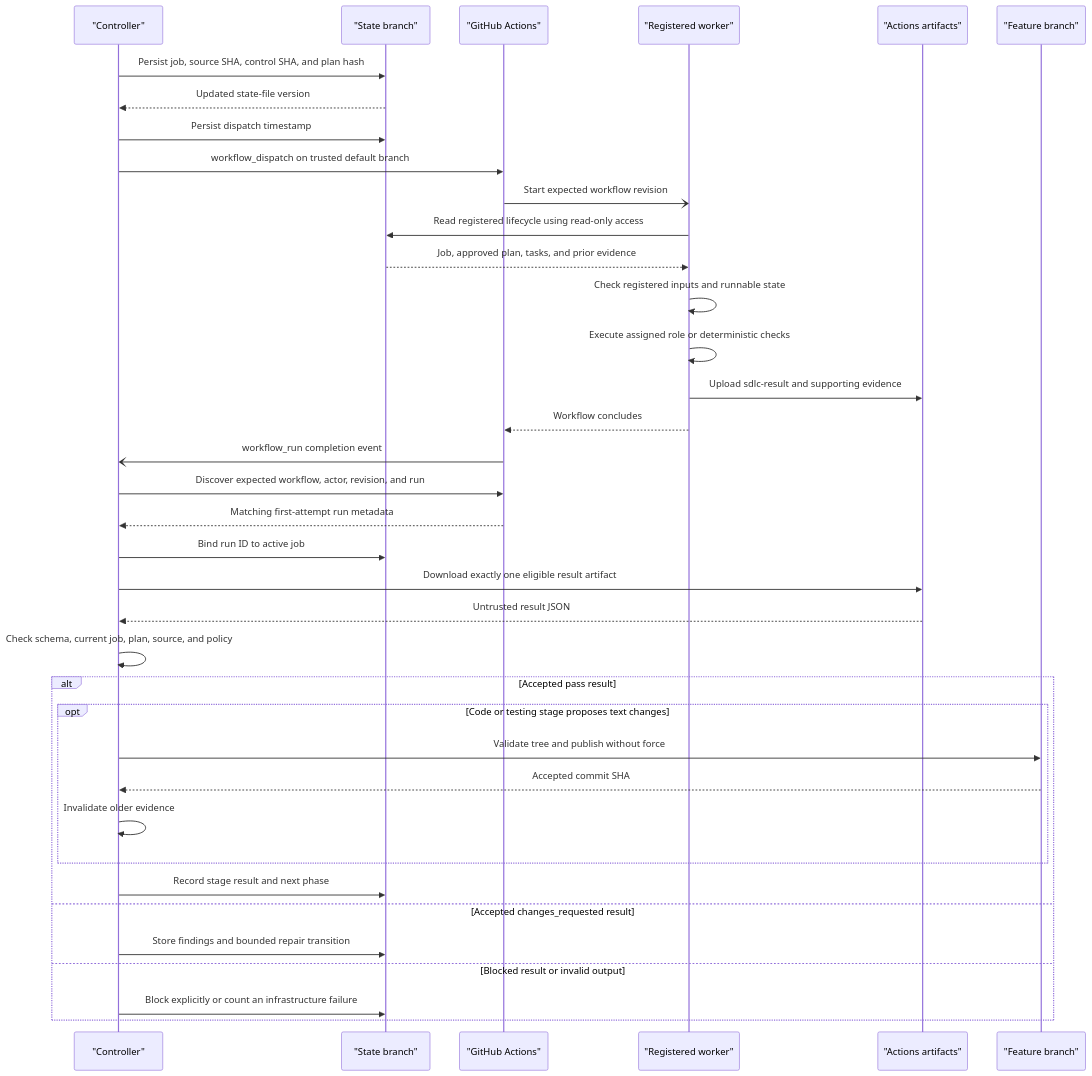
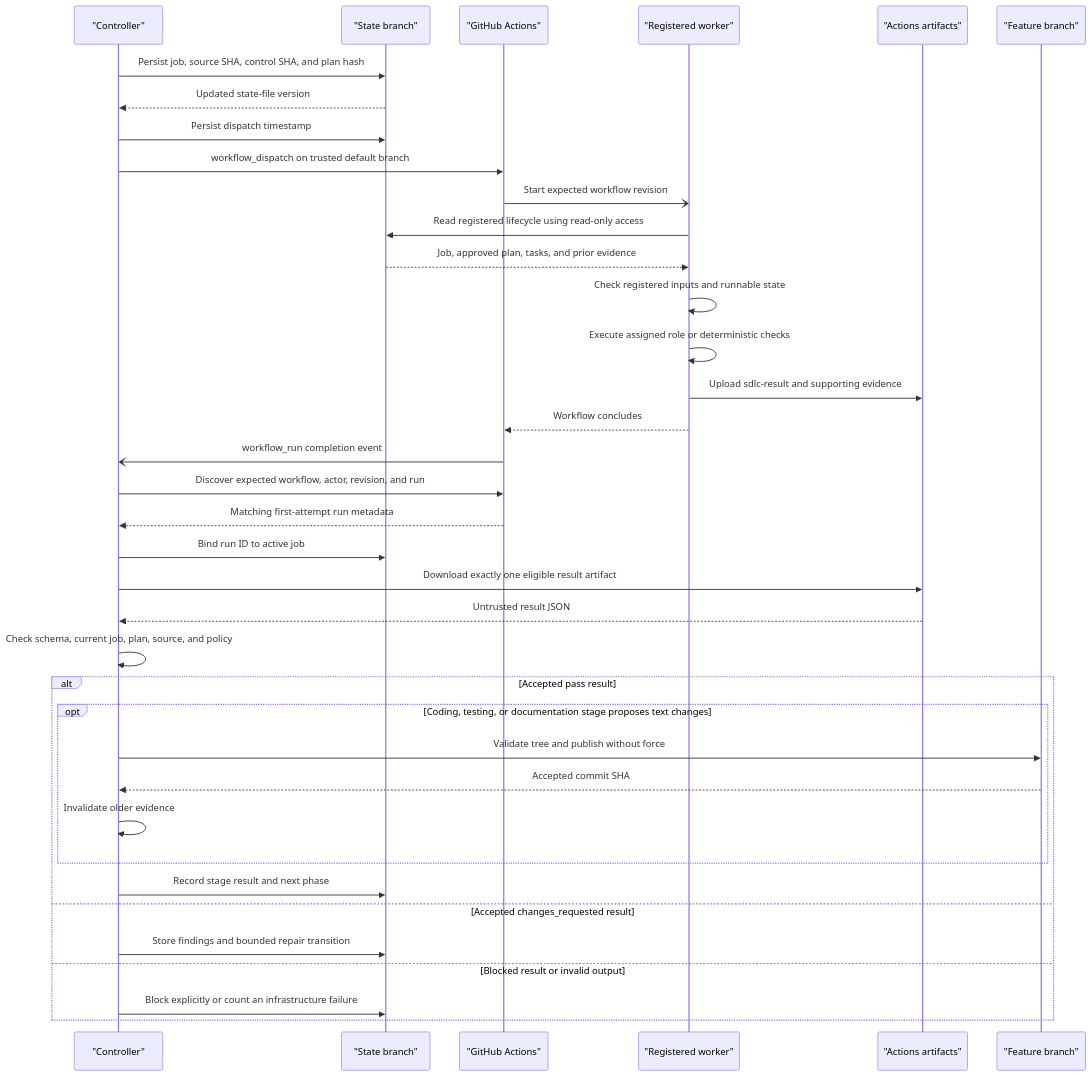
One commit to dav1dc-cs-test-org/agentic-sdlc-prototype changed the fourth of 7 diagrams in docs/architecture.md. Above: the diagram before and after it, drawn with Mermaid. The commit also changed other lines of this file and 16 other files, not shown here.

````diff
--- a/docs/architecture.md
+++ b/docs/architecture.md
@@ -272,40 +281,40 @@
 ```mermaid
 sequenceDiagram
   participant HwControl as "Controller"
   participant HwState as "State branch"
   participant HwActions as "GitHub Actions"
   participant HwWorker as "Registered worker"
   participant HwArtifacts as "Actions artifacts"
   participant HwBranch as "Feature branch"
 
   HwControl->>HwState: Persist job, source SHA, control SHA, and plan hash
   HwState-->>HwControl: Updated state-file version
   HwControl->>HwState: Persist dispatch timestamp
   HwControl->>HwActions: workflow_dispatch on trusted default branch
   HwActions-)HwWorker: Start expected workflow revision
   HwWorker->>HwState: Read registered lifecycle using read-only access
   HwState-->>HwWorker: Job, approved plan, tasks, and prior evidence
   HwWorker->>HwWorker: Check registered inputs and runnable state
   HwWorker->>HwWorker: Execute assigned role or deterministic checks
   HwWorker->>HwArtifacts: Upload sdlc-result and supporting evidence
   HwWorker-->>HwActions: Workflow concludes
   HwActions-)HwControl: workflow_run completion event
   HwControl->>HwActions: Discover expected workflow, actor, revision, and run
   HwActions-->>HwControl: Matching first-attempt run metadata
   HwControl->>HwState: Bind run ID to active job
   HwControl->>HwArtifacts: Download exactly one eligible result artifact
   HwArtifacts-->>HwControl: Untrusted result JSON
   HwControl->>HwControl: Check schema, current job, plan, source, and policy
     alt Accepted pass result
-        opt Code or testing stage proposes text changes
+        opt Coding, testing, or documentation stage proposes text changes
       HwControl->>HwBranch: Validate tree and publish without force
       HwBranch-->>HwControl: Accepted commit SHA
       HwControl->>HwControl: Invalidate older evidence
         end
     HwControl->>HwState: Record stage result and next phase
     else Accepted changes_requested result
     HwControl->>HwState: Store findings and bounded repair transition
     else Blocked result or invalid output
     HwControl->>HwState: Block explicitly or count an infrastructure failure
     end
 ```
````
